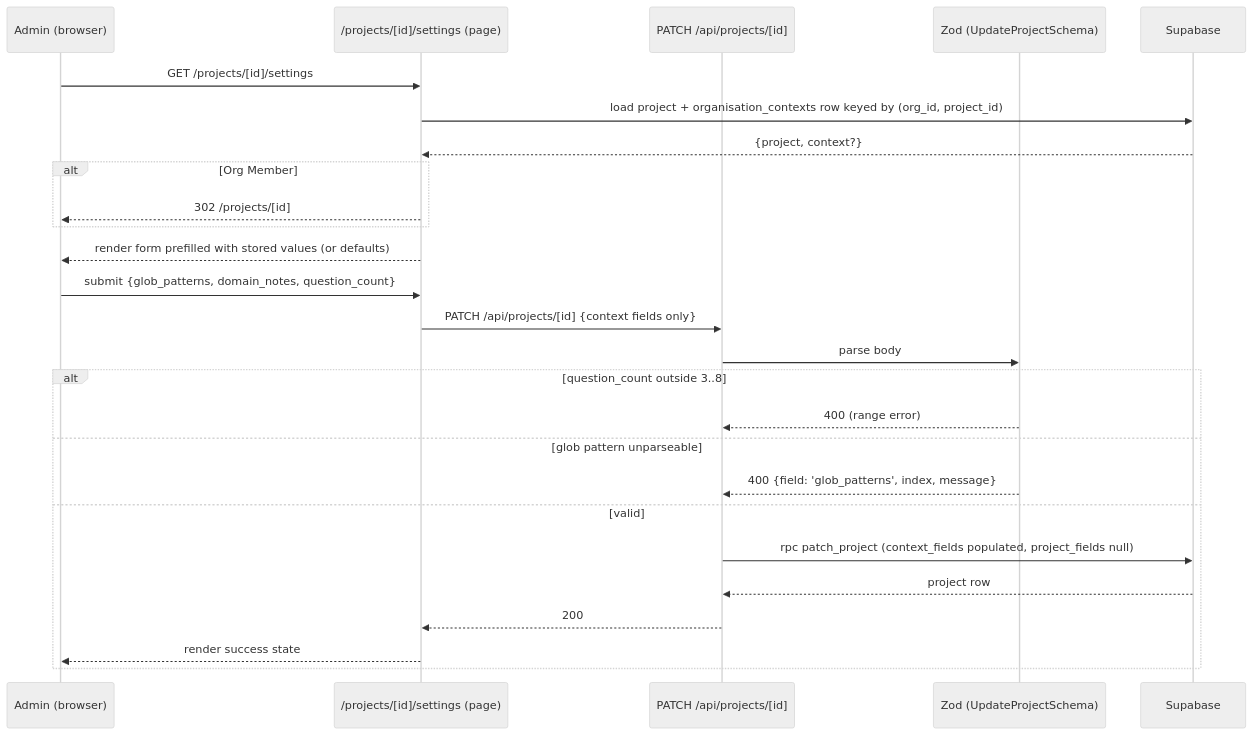
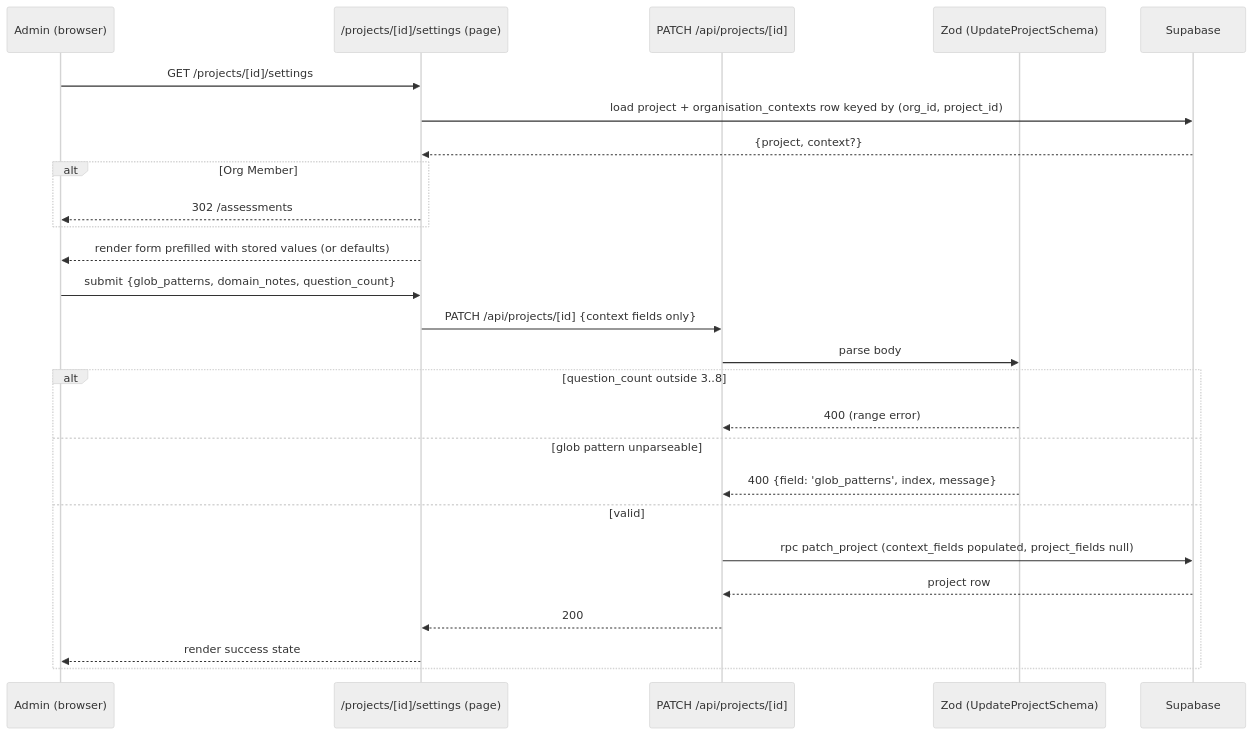
One commit to mironyx/feature-comprehension-score changed the first of 5 diagrams in docs/design/lld-v11-e11-3-project-context-config.md. Above: the diagram before and after it, drawn with Mermaid (neutral theme). The commit also changed other lines of this file and 13 other files, not shown here.

````diff
--- a/docs/design/lld-v11-e11-3-project-context-config.md
+++ b/docs/design/lld-v11-e11-3-project-context-config.md
@@ -41,28 +42,28 @@
 ```mermaid
 sequenceDiagram
   participant U as Admin (browser)
   participant P as /projects/[id]/settings (page)
   participant API as PATCH /api/projects/[id]
   participant V as Zod (UpdateProjectSchema)
   participant DB as Supabase
   U->>P: GET /projects/[id]/settings
   P->>DB: load project + organisation_contexts row keyed by (org_id, project_id)
   DB-->>P: {project, context?}
   alt Org Member
-    P-->>U: 302 /projects/[id]
+    P-->>U: 302 /assessments
   end
   P-->>U: render form prefilled with stored values (or defaults)
   U->>P: submit {glob_patterns, domain_notes, question_count}
   P->>API: PATCH /api/projects/[id] {context fields only}
   API->>V: parse body
   alt question_count outside 3..8
     V-->>API: 400 (range error)
   else glob pattern unparseable
     V-->>API: 400 {field: 'glob_patterns', index, message}
   else valid
     API->>DB: rpc patch_project (context_fields populated, project_fields null)
     DB-->>API: project row
     API-->>P: 200
     P-->>U: render success state
   end
 ```
````
